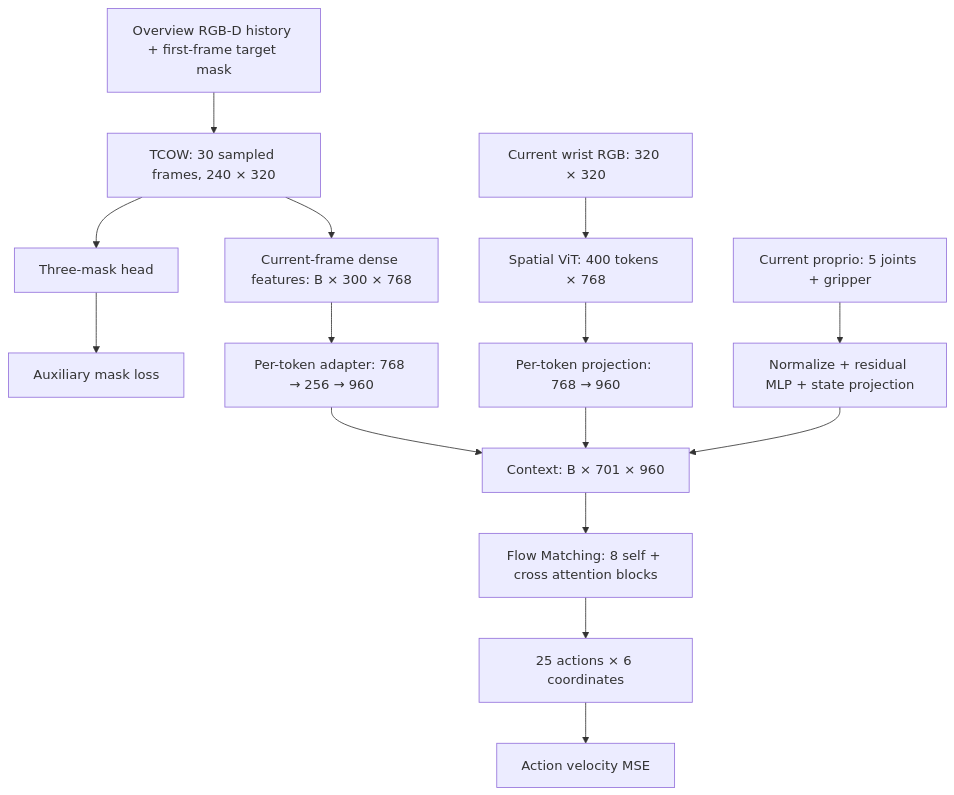
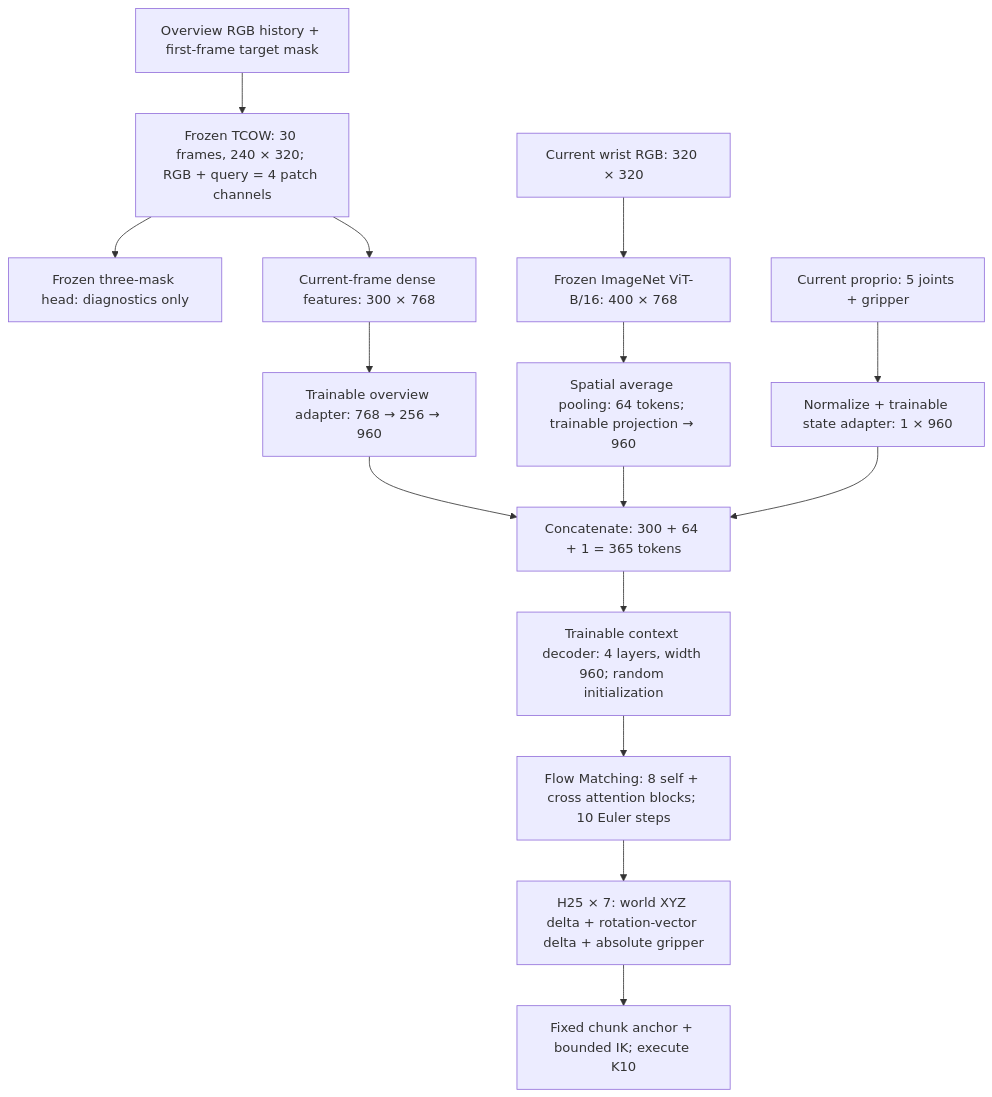
One commit to nguyenduchuyiu/arm-manipulation changed the diagram in OATFlow/README.md. Above: the diagram before and after it, drawn with Mermaid. The commit also changed other lines of this file and 44 other files, not shown here.

Commit message:
Consolidate OAT-Flow policy and generate EE demonstrations with perturbations

````diff
--- a/OATFlow/README.md
+++ b/OATFlow/README.md
@@ -36,17 +40,17 @@
 ```mermaid
 flowchart TD
-    H["Overview RGB-D history + first-frame target mask"] --> T["TCOW: 30 sampled frames, 240 × 320"]
-    T --> M["Three-mask head"]
-    T --> Z["Current-frame dense features: B × 300 × 768"]
-    Z --> A["Per-token adapter: 768 → 256 → 960"]
-    W["Current wrist RGB: 320 × 320"] --> V["Spatial ViT: 400 tokens × 768"]
-    V --> P["Per-token projection: 768 → 960"]
-    S["Current proprio: 5 joints + gripper"] --> N["Normalize + residual MLP + state projection"]
-    A --> C["Context: B × 701 × 960"]
+    H["Overview RGB history + first-frame target mask"] --> T["Frozen TCOW: 30 frames, 240 × 320; RGB + query = 4 patch channels"]
+    T --> M["Frozen three-mask head: diagnostics only"]
+    T --> Z["Current-frame dense features: 300 × 768"]
+    Z --> A["Trainable overview adapter: 768 → 256 → 960"]
+    W["Current wrist RGB: 320 × 320"] --> V["Frozen ImageNet ViT-B/16: 400 × 768"]
+    V --> P["Spatial average pooling: 64 tokens; trainable projection → 960"]
+    S["Current proprio: 5 joints + gripper"] --> N["Normalize + trainable state adapter: 1 × 960"]
+    A --> C["Concatenate: 300 + 64 + 1 = 365 tokens"]
     P --> C
     N --> C
-    C --> F["Flow Matching: 8 self + cross attention blocks"]
-    F --> O["25 actions × 6 coordinates"]
-    M --> LM["Auxiliary mask loss"]
-    O --> LA["Action velocity MSE"]
+    C --> D["Trainable context decoder: 4 layers, width 960; random initialization"]
+    D --> F["Flow Matching: 8 self + cross attention blocks; 10 Euler steps"]
+    F --> O["H25 × 7: world XYZ delta + rotation-vector delta + absolute gripper"]
+    O --> I["Fixed chunk anchor + bounded IK; execute K10"]
 ```
````
